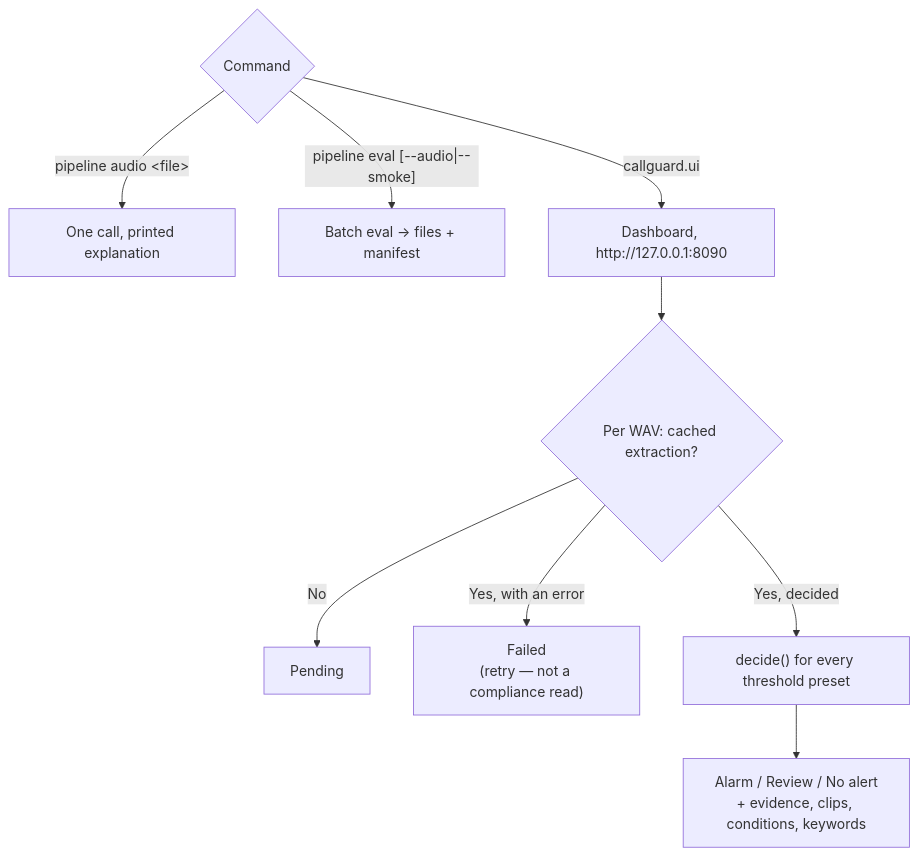
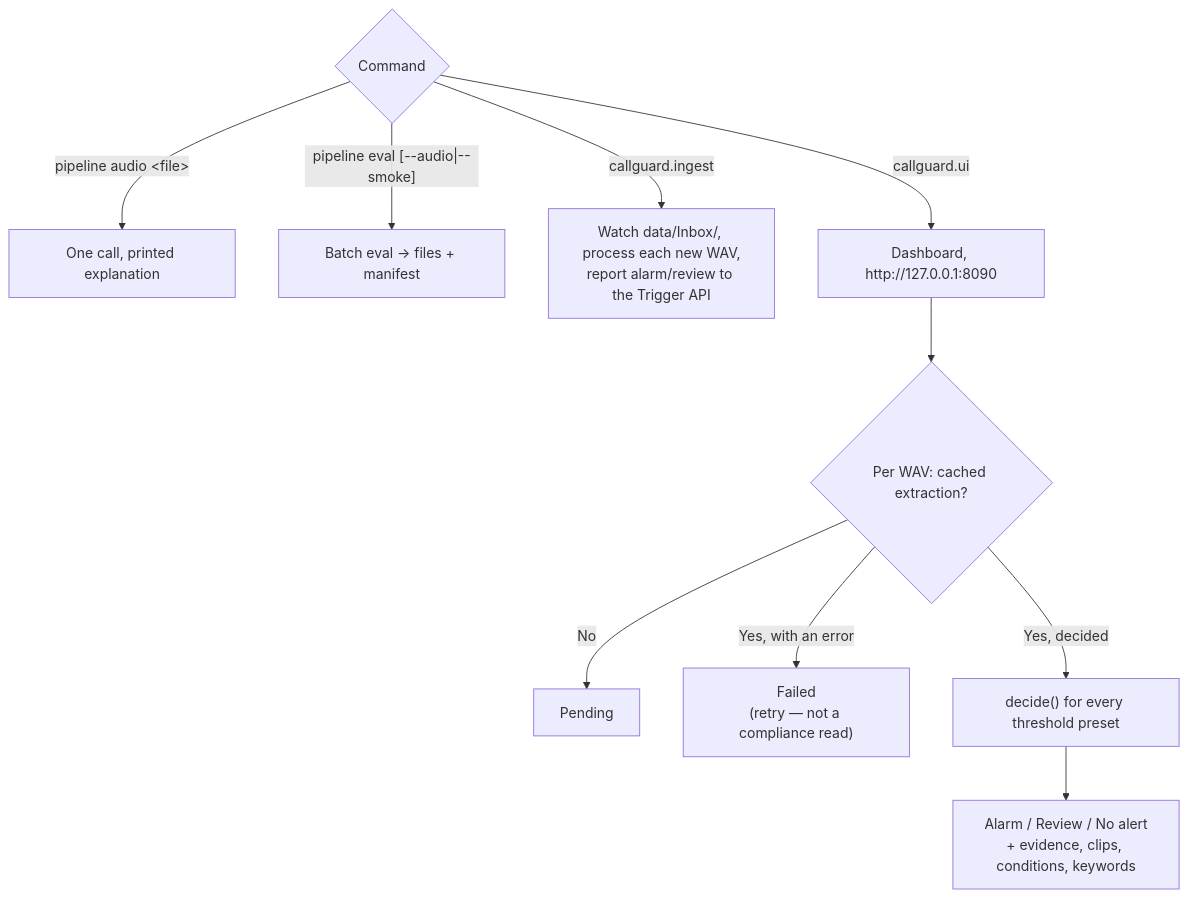
One commit to ep520/Solvent changed the fifth of 5 diagrams in PIPELINE_FLOW.md. Above: the diagram before and after it, drawn with Mermaid. The commit also changed other lines of this file and 2 other files, not shown here.

````diff
--- a/PIPELINE_FLOW.md
+++ b/PIPELINE_FLOW.md
@@ -124,12 +129,13 @@
 ```mermaid
 flowchart TD
     CMD{"Command"} -- "pipeline audio &lt;file&gt;" --> ONE["One call, printed explanation"]
     CMD -- "pipeline eval [--audio|--smoke]" --> MANY["Batch eval → files + manifest"]
+    CMD -- "callguard.ingest" --> WATCH["Watch data/Inbox/, process each new WAV,<br/>report alarm/review to the Trigger API"]
     CMD -- "callguard.ui" --> UI["Dashboard, http://127.0.0.1:8090"]
 
     UI --> PER_CALL{"Per WAV: cached extraction?"}
     PER_CALL -- No --> PENDING["Pending"]
     PER_CALL -- "Yes, with an error" --> FAILED["Failed<br/>(retry — not a compliance read)"]
     PER_CALL -- "Yes, decided" --> RECOMPUTE["decide() for every threshold preset"]
     RECOMPUTE --> VIEW["Alarm / Review / No alert<br/>+ evidence, clips, conditions, keywords"]
 ```
````
